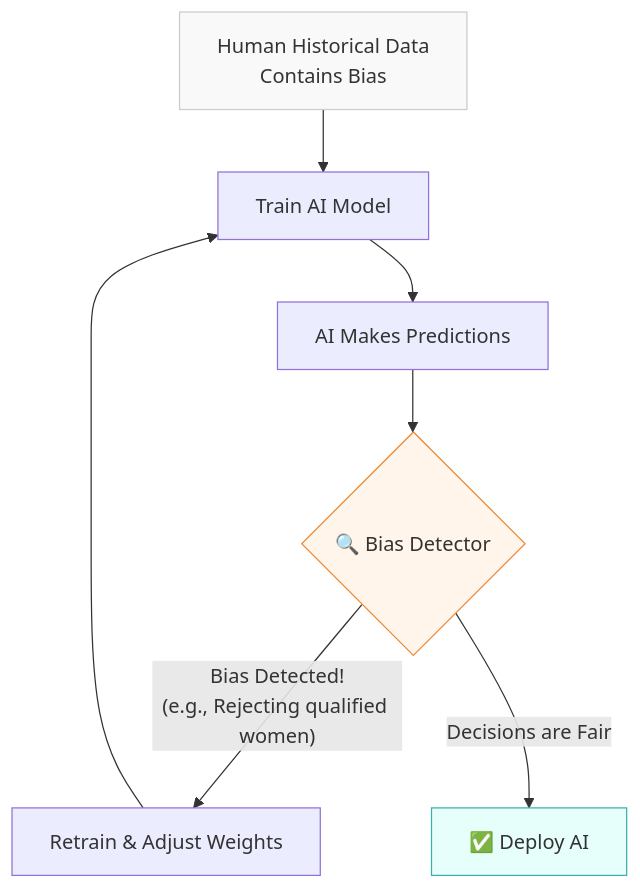
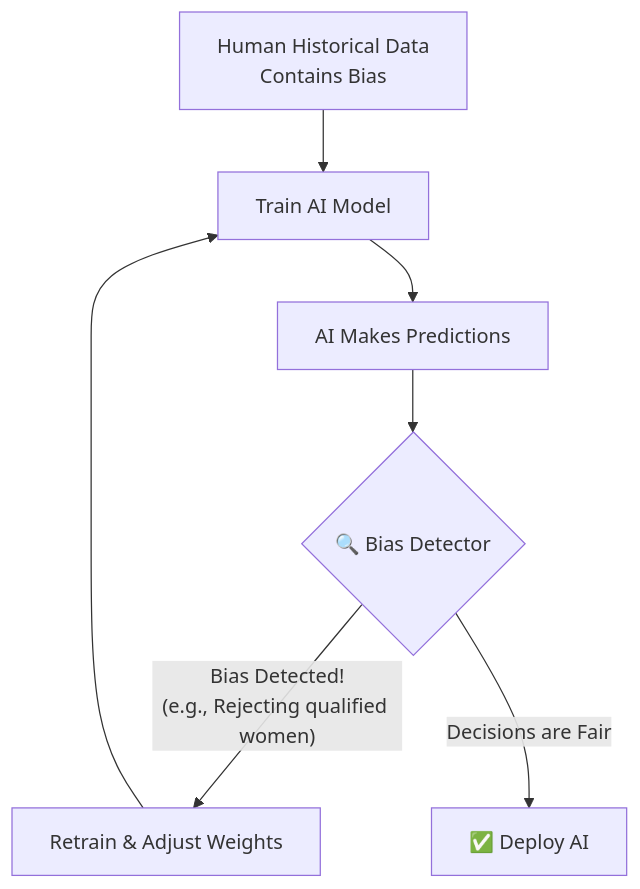
Before and after one commit to vdonthireddy/ai-knowledge-base: the diagram in line07_ethics_safety.md, drawn with Mermaid. The commit also changed 30 other files, not shown here.

Commit message:
chore: Rename files and fix mermaid diagram styles for dark mode compatibility

````diff
--- a/line07_ethics_safety.md
+++ b/line07_ethics_safety.md
@@ -59,13 +59,10 @@
 ```mermaid
 graph TD
     A[Human Historical Data<br/>Contains Bias] --> B[Train AI Model]
     B --> C[AI Makes Predictions]
     C --> D{🔍 Bias Detector}
     D -- "Bias Detected!<br/>(e.g., Rejecting qualified women)" --> E[Retrain & Adjust Weights]
     E --> B
     D -- "Decisions are Fair" --> F[✅ Deploy AI]
     
-    style A fill:#f9f9f9,stroke:#ccc
-    style D fill:#fff5eb,stroke:#ed8936
-    style F fill:#e6fffa,stroke:#38b2ac
 ```
````
